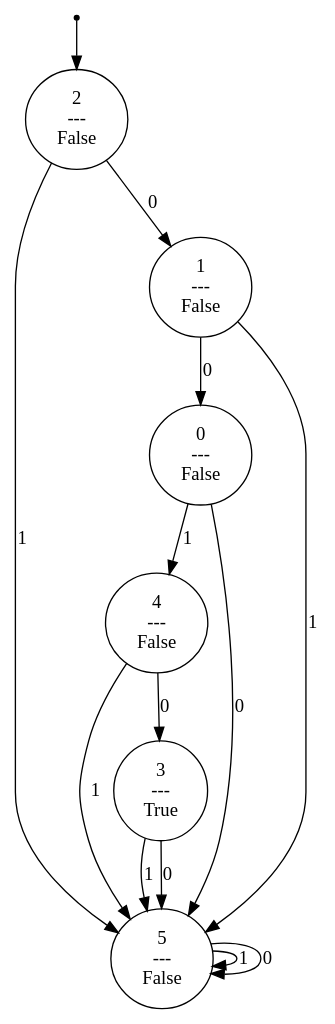
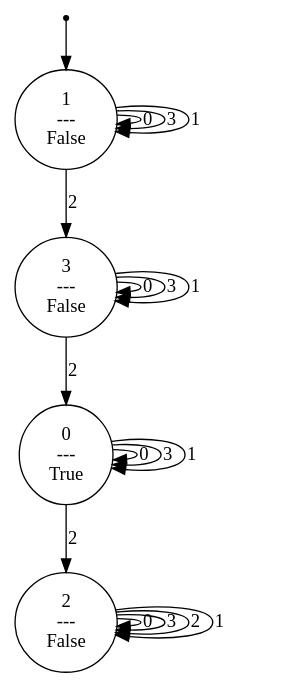
The diagram in code/dot/m3.dot (srnapls/history-rewards-for-pomdps), drawn with Graphviz before and after one commit. The commit also changed 17 other files, not shown here.

```diff
--- a/code/dot/m3.dot
+++ b/code/dot/m3.dot
@@ -1,22 +1,24 @@
 digraph G {
 0 [label="", shape=point];
-0 -> 3;
-1 [label="0\n---\nFalse"];
-1 -> 5  [label=1];
-1 -> 6  [label=0];
+0 -> 2;
+1 [label="0\n---\nTrue"];
+1 -> 1  [label=0];
+1 -> 1  [label=3];
+1 -> 3  [label=2];
+1 -> 1  [label=1];
 2 [label="1\n---\nFalse"];
-2 -> 6  [label=1];
-2 -> 1  [label=0];
+2 -> 2  [label=0];
+2 -> 2  [label=3];
+2 -> 4  [label=2];
+2 -> 2  [label=1];
 3 [label="2\n---\nFalse"];
-3 -> 6  [label=1];
-3 -> 2  [label=0];
-4 [label="3\n---\nTrue"];
-4 -> 6  [label=1];
-4 -> 6  [label=0];
-5 [label="4\n---\nFalse"];
-5 -> 6  [label=1];
-5 -> 4  [label=0];
-6 [label="5\n---\nFalse"];
-6 -> 6  [label=1];
-6 -> 6  [label=0];
+3 -> 3  [label=0];
+3 -> 3  [label=3];
+3 -> 3  [label=2];
+3 -> 3  [label=1];
+4 [label="3\n---\nFalse"];
+4 -> 4  [label=0];
+4 -> 4  [label=3];
+4 -> 1  [label=2];
+4 -> 4  [label=1];
 }
```
